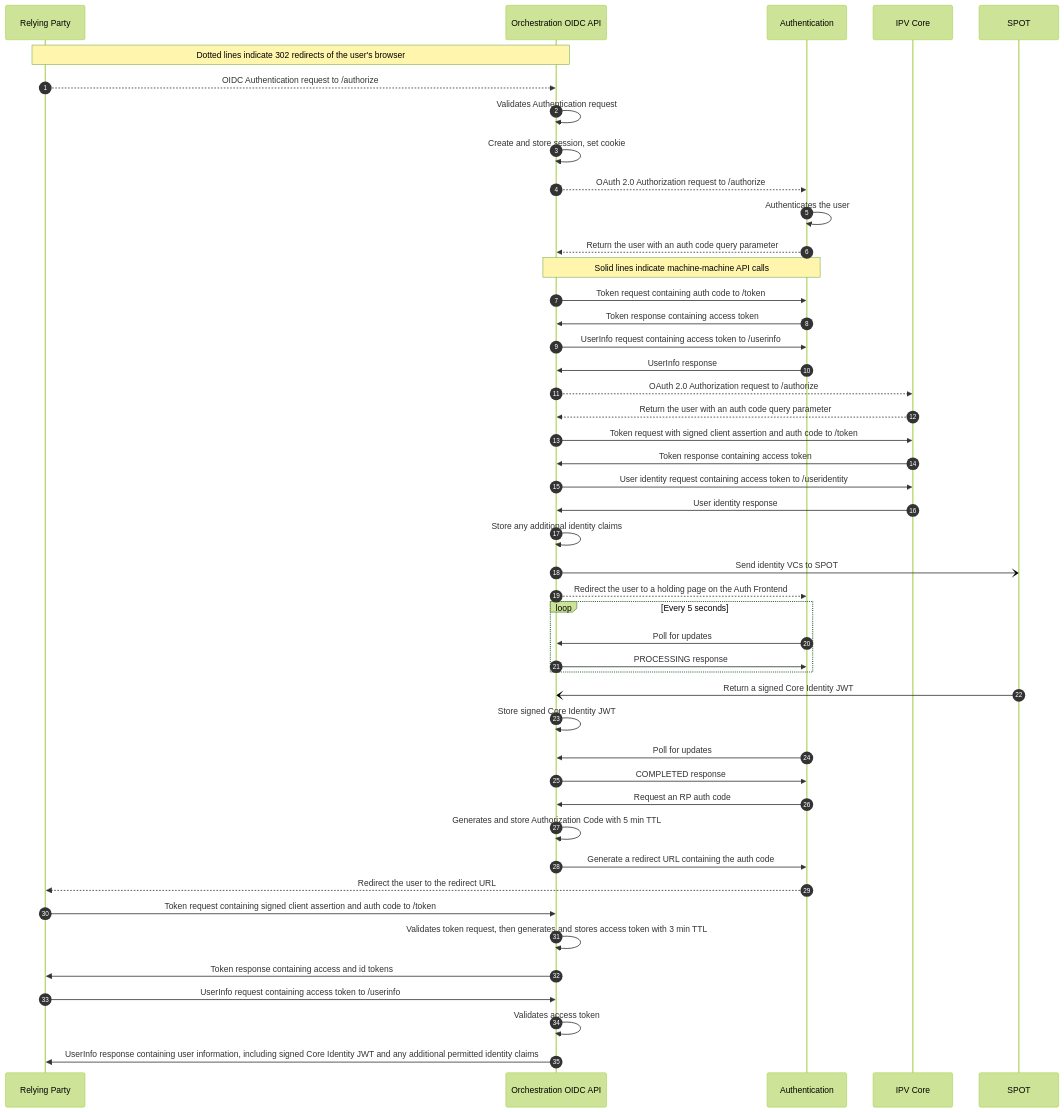
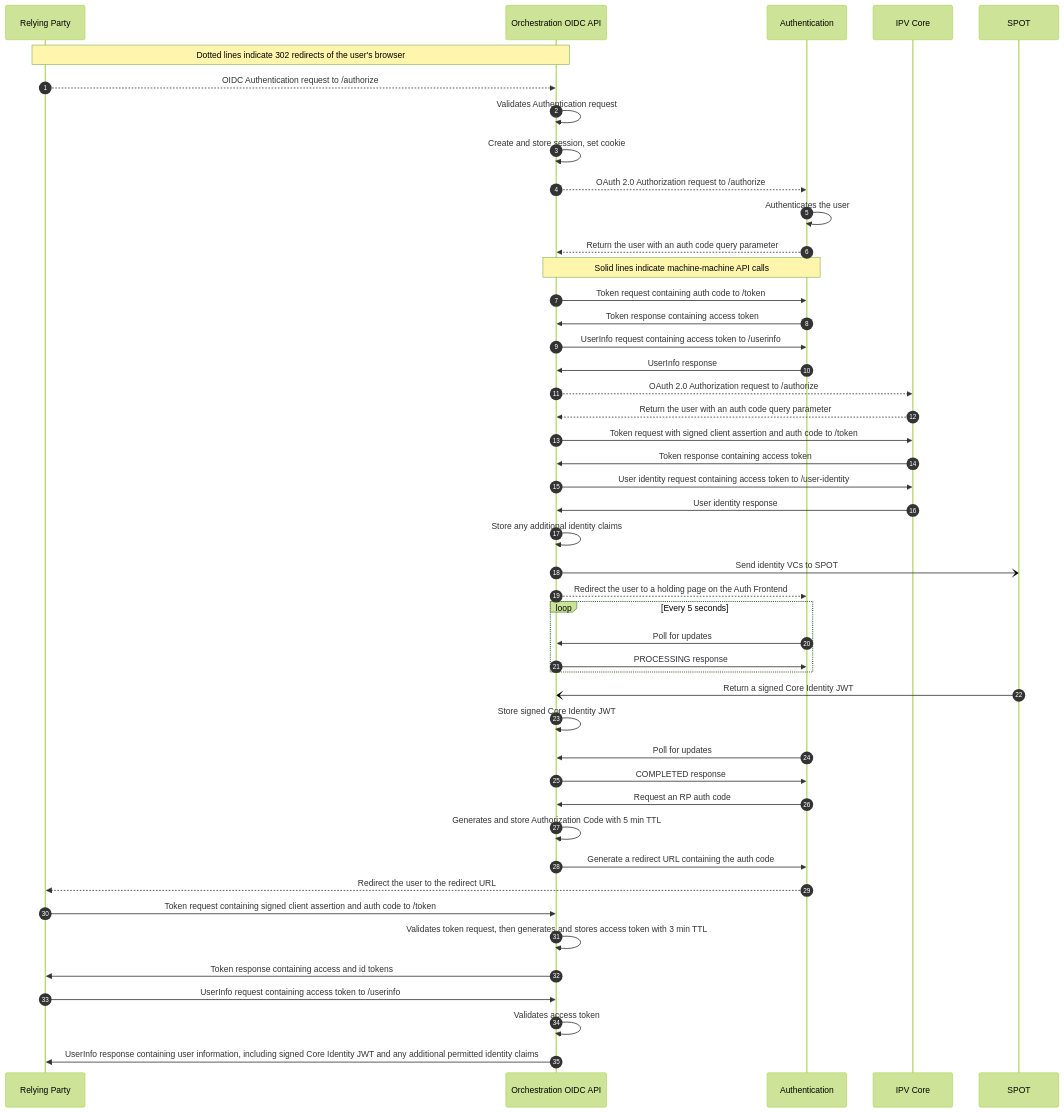
The diagram in docs/diagrams/orchestration/identity/identity.mmd (govuk-one-login/authentication-api), drawn with Mermaid (forest theme) before and after one commit.

Commit message:
BAU: Correct user identity path

```diff
--- a/docs/diagrams/orchestration/identity/identity.mmd
+++ b/docs/diagrams/orchestration/identity/identity.mmd
@@ -1,49 +1,49 @@
 sequenceDiagram
     autonumber
     participant rp as Relying Party
     participant orch_api as Orchestration OIDC API
     participant auth as Authentication
     participant ipv as IPV Core
     participant spot as SPOT
     Note over rp,orch_api: Dotted lines indicate 302 redirects of the user's browser
     rp -->> orch_api : OIDC Authentication request to /authorize
     orch_api  ->> orch_api : Validates Authentication request
     orch_api ->> orch_api : Create and store session, set cookie
     orch_api -->> auth : OAuth 2.0 Authorization request to /authorize
     auth ->> auth : Authenticates the user
     auth -->> orch_api : Return the user with an auth code query parameter
     Note over orch_api,auth: Solid lines indicate machine-machine API calls
     orch_api ->> auth : Token request containing auth code to /token
     auth ->> orch_api : Token response containing access token
     orch_api ->> auth : UserInfo request containing access token to /userinfo
     auth ->> orch_api : UserInfo response
     orch_api -->> ipv : OAuth 2.0 Authorization request to /authorize
     ipv -->> orch_api : Return the user with an auth code query parameter
     orch_api ->> ipv : Token request with signed client assertion and auth code to /token
     ipv ->> orch_api : Token response containing access token
-    orch_api ->> ipv : User identity request containing access token to /useridentity
+    orch_api ->> ipv : User identity request containing access token to /user-identity
     ipv ->> orch_api : User identity response
     orch_api ->> orch_api : Store any additional identity claims
     orch_api -) spot : Send identity VCs to SPOT
     orch_api -->> auth : Redirect the user to a holding page on the Auth Frontend
     loop Every 5 seconds
         auth ->> orch_api : Poll for updates
         orch_api ->> auth : PROCESSING response
     end
     spot -) orch_api : Return a signed Core Identity JWT
     orch_api ->> orch_api : Store signed Core Identity JWT
     auth ->> orch_api : Poll for updates
     orch_api ->> auth : COMPLETED response
     auth ->> orch_api : Request an RP auth code
 
 
     orch_api ->> orch_api : Generates and store Authorization Code with 5 min TTL
     orch_api ->> auth : Generate a redirect URL containing the auth code
 
     auth -->> rp : Redirect the user to the redirect URL
     rp ->> orch_api : Token request containing signed client assertion and auth code to /token
     orch_api ->> orch_api : Validates token request, then generates and stores access token with 3 min TTL
     orch_api ->> rp : Token response containing access and id tokens
     rp ->> orch_api : UserInfo request containing access token to /userinfo
     orch_api ->> orch_api : Validates access token
     orch_api ->> rp : UserInfo response containing user information, including signed Core Identity JWT and any additional permitted identity claims
```
